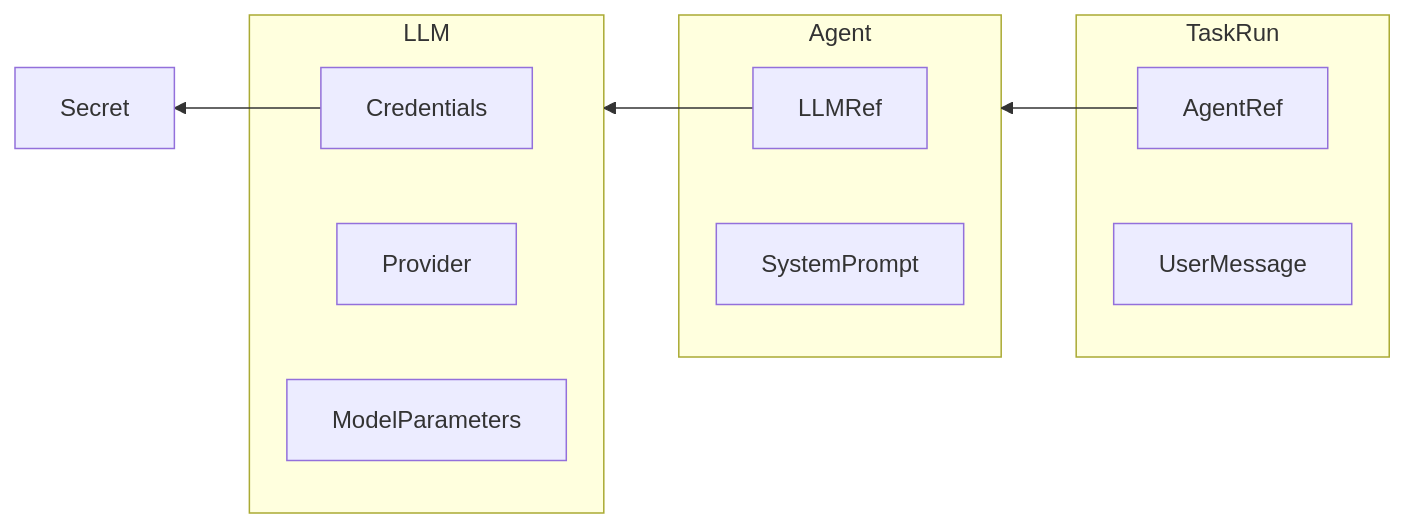
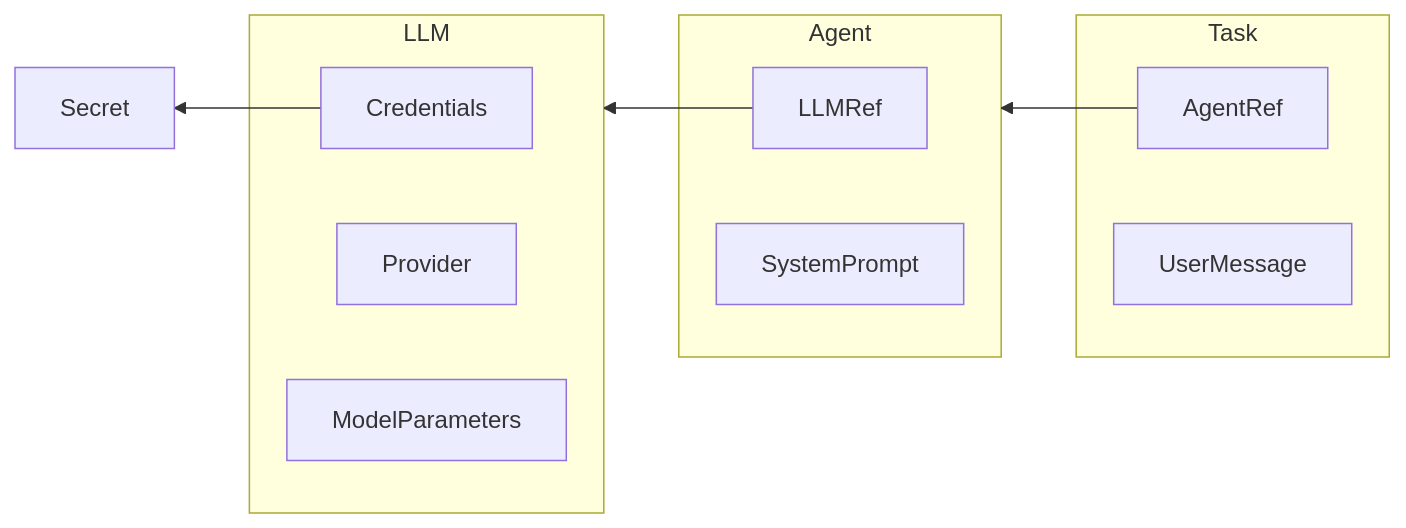
Before and after one commit to humanlayer/smallchain: the third of 5 diagrams in README.md, drawn with Mermaid. The commit also changed other lines of this file and 3 other files, not shown here.

````diff
--- a/README.md
+++ b/README.md
@@ -327,27 +329,27 @@
 ```mermaid
 graph RL
     Agent
     LLM
     Secret
 
     LLMRef --> LLM
     Credentials --> Secret
     AgentRef --> Agent
 
 
     subgraph LLM
       Provider
       Credentials
       ModelParameters
     end
 
     subgraph Agent
       LLMRef
       SystemPrompt
     end
 
-    subgraph TaskRun
+    subgraph Task
       AgentRef
       UserMessage
     end
 ```
````
